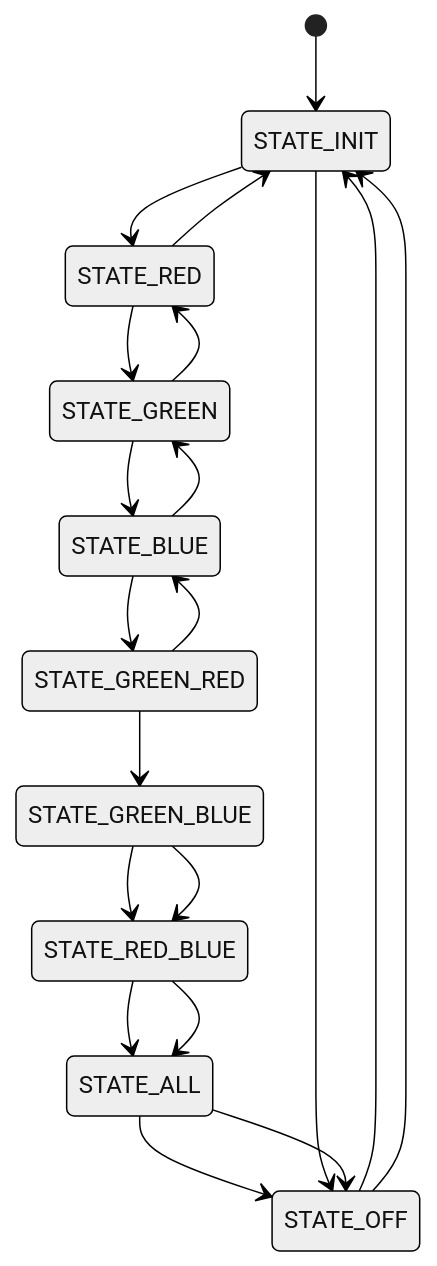
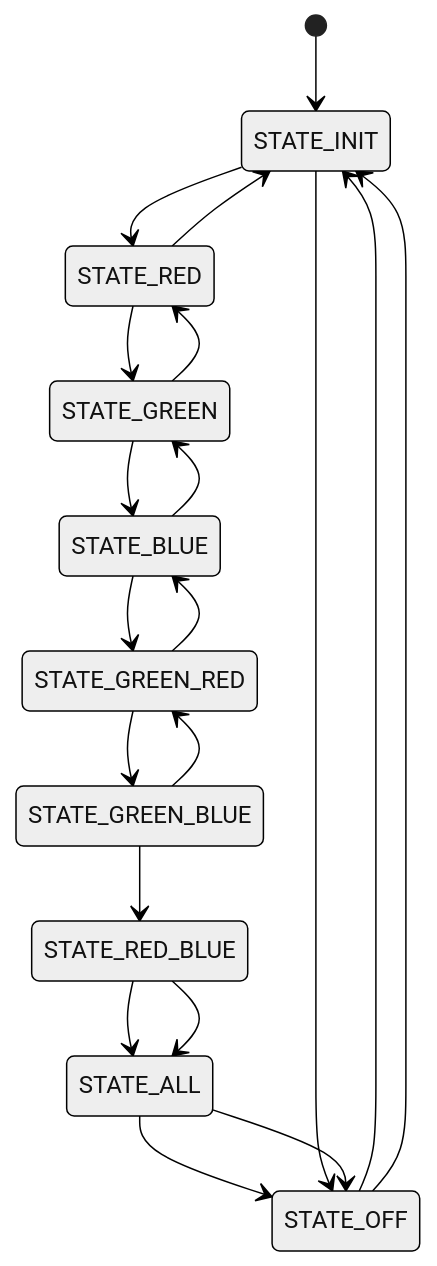
One commit to AngelMzno/iodraw-files changed the diagram in all/Mapa de Estado.md. Above: the diagram before and after it, drawn with Mermaid (neutral theme).

Commit message:
2024-09-03 19:42:23 update

````diff
--- a/all/Mapa de Estado.md
+++ b/all/Mapa de Estado.md
@@ -1,27 +1,28 @@
 ```mermaid
 stateDiagram-v2
 [*]-->STATE_INIT
 STATE_INIT --> STATE_RED
 STATE_RED --> STATE_GREEN
 STATE_GREEN-->STATE_BLUE
 STATE_BLUE -->STATE_GREEN_RED
 STATE_GREEN_RED -->STATE_GREEN_BLUE
 STATE_GREEN_BLUE-->STATE_RED_BLUE
 STATE_RED_BLUE-->STATE_ALL
 STATE_ALL-->STATE_OFF
 STATE_OFF-->STATE_INIT
 
 [*]STATE_INIT
 STATE_INIT --> STATE_OFF
 STATE_RED --> STATE_INIT
 STATE_GREEN-->STATE_RED
 STATE_BLUE -->STATE_GREEN
 STATE_GREEN_RED -->STATE_BLUE
-STATE_GREEN_BLUE-->STATE_RED_BLUE
+STATE_GREEN_BLUE-->STATE_GREEN_RED
+
 STATE_RED_BLUE-->STATE_ALL
 STATE_ALL-->STATE_OFF
 STATE_OFF-->STATE_INIT
 
 
 
 ```
````
